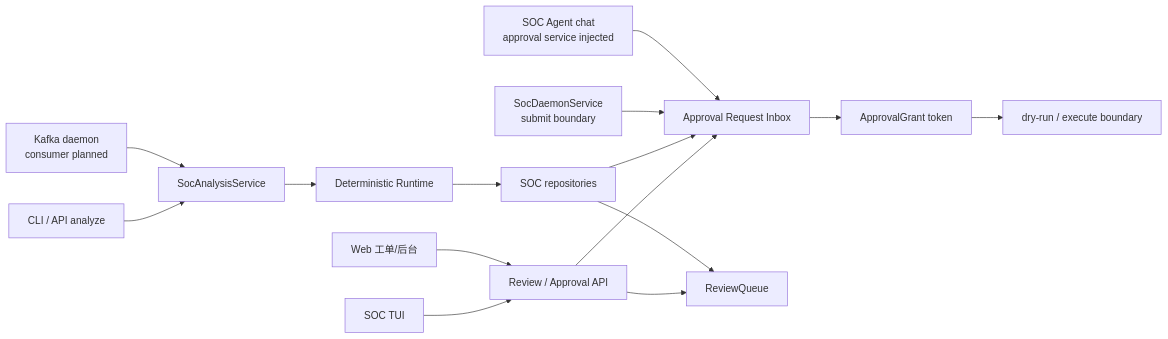
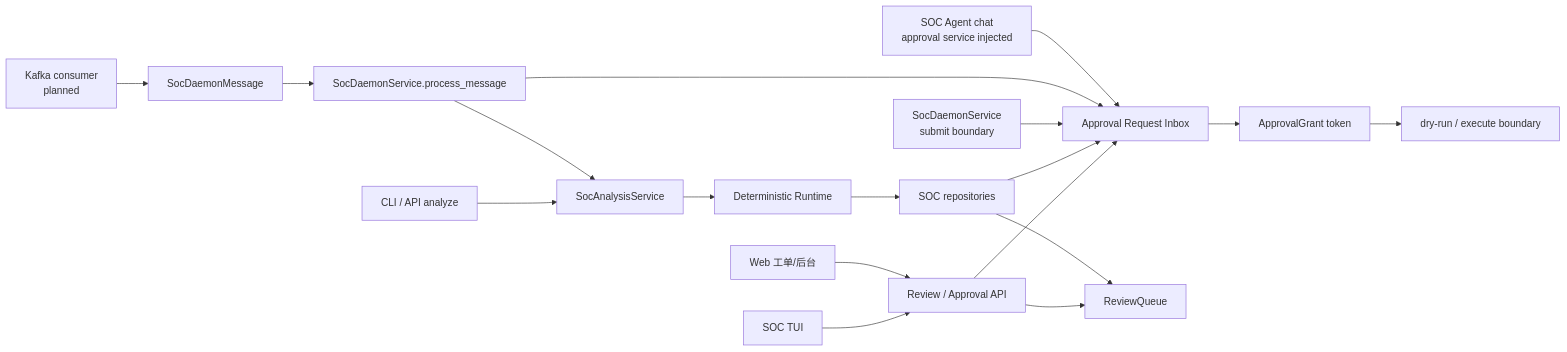
Before and after one commit to yydspanda/deer-flow: the first of 7 diagrams in .notes/ai_soc/alert-lifecycle-flow.md, drawn with Mermaid. The commit also changed other lines of this file and 8 other files, not shown here.

Commit message:
Add SOC daemon message scaffold

````diff
--- a/.notes/ai_soc/alert-lifecycle-flow.md
+++ b/.notes/ai_soc/alert-lifecycle-flow.md
@@ -16,19 +16,22 @@
 ```mermaid
 flowchart LR
-    Kafka["Kafka daemon\nconsumer planned"] --> Analysis["SocAnalysisService"]
+    Kafka["Kafka consumer\nplanned"] --> DaemonMessage["SocDaemonMessage"]
+    DaemonMessage --> DaemonProcess["SocDaemonService.process_message"]
+    DaemonProcess --> Analysis["SocAnalysisService"]
     CLI["CLI / API analyze"] --> Analysis
     Agent["SOC Agent chat\napproval service injected"] --> ApprovalInbox["Approval Request Inbox"]
+    DaemonProcess --> ApprovalInbox
     Daemon["SocDaemonService\nsubmit boundary"] --> ApprovalInbox
     Web["Web 工单/后台"] --> ReviewAPI["Review / Approval API"]
     TUI["SOC TUI"] --> ReviewAPI
 
     Analysis --> Runtime["Deterministic Runtime"]
     Runtime --> Stores["SOC repositories"]
     Stores --> ReviewQueue["ReviewQueue"]
     Stores --> ApprovalInbox
 
     ReviewAPI --> ReviewQueue
     ReviewAPI --> ApprovalInbox
     ApprovalInbox --> Grant["ApprovalGrant token"]
     Grant --> Execute["dry-run / execute boundary"]
 ```
````
